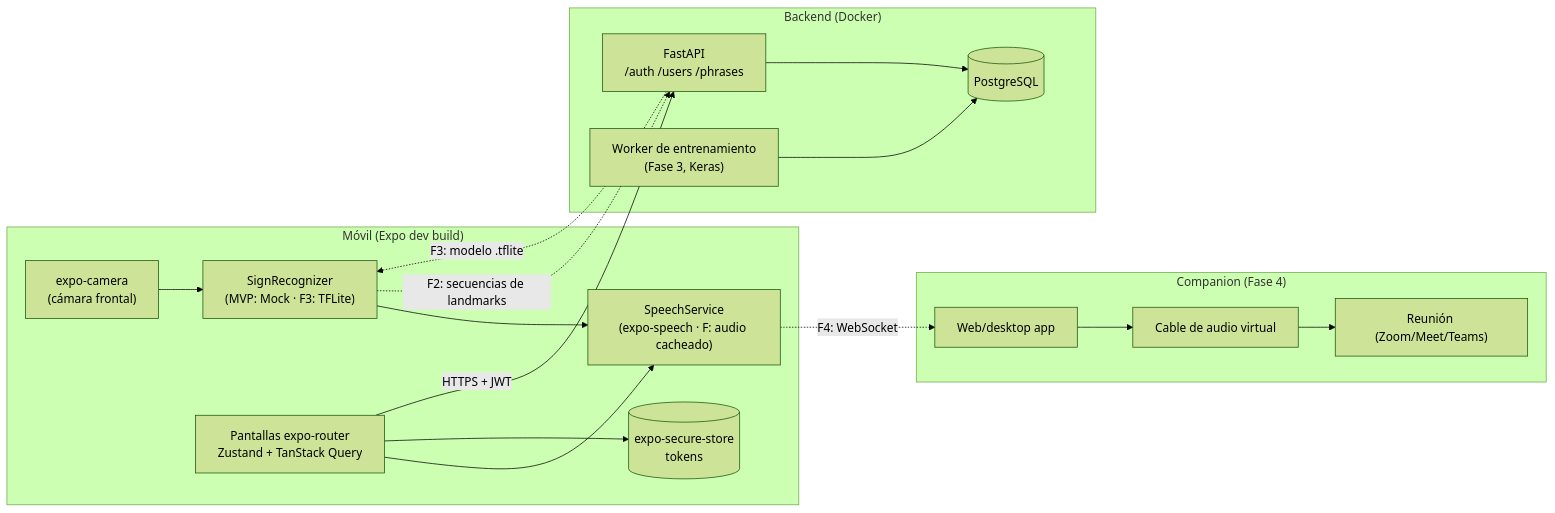
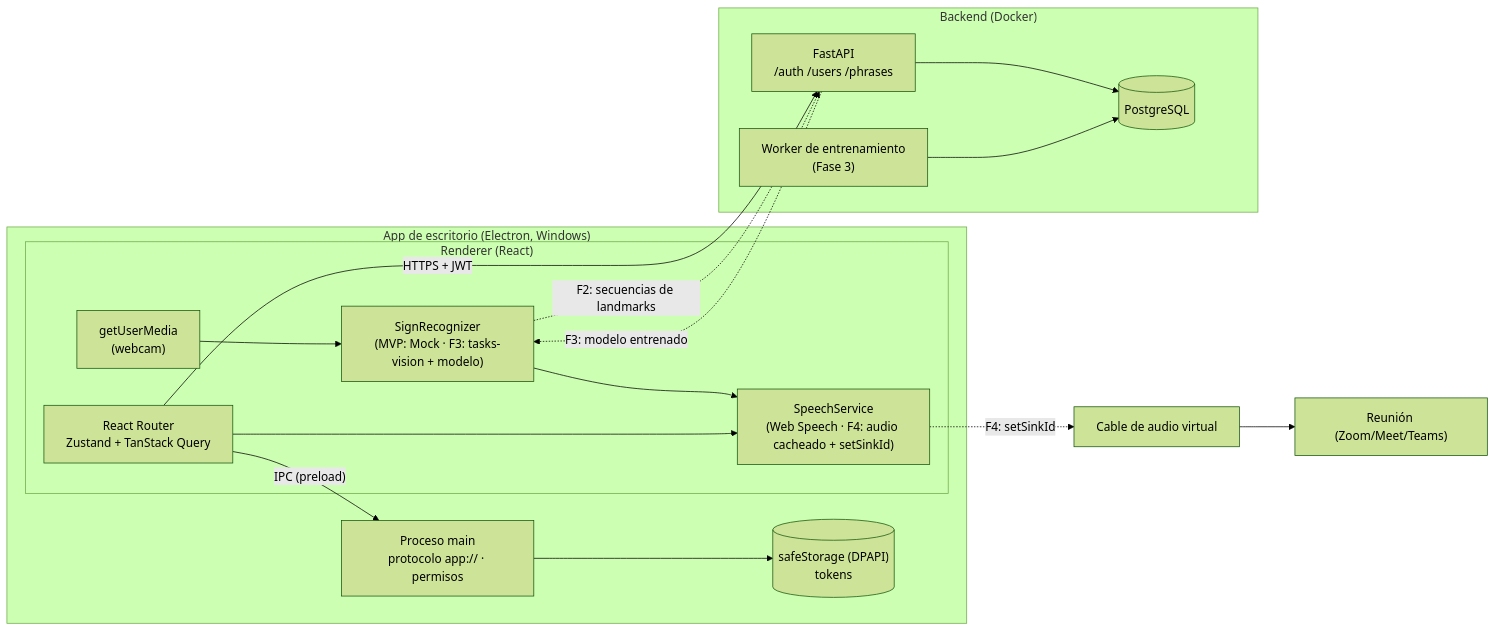
Before and after one commit to SantiagoTyrsArv/VISIONTS: the diagram in docs/ARCHITECTURE.md, drawn with Mermaid (forest theme). The commit also changed other lines of this file and 2 other files, not shown here.

Commit message:
docs: README y ARCHITECTURE para la app de escritorio

````diff
--- a/docs/ARCHITECTURE.md
+++ b/docs/ARCHITECTURE.md
@@ -5,33 +5,32 @@
 ```mermaid
 flowchart LR
-  subgraph Phone["Móvil (Expo dev build)"]
-    Cam["expo-camera\n(cámara frontal)"]
-    Rec["SignRecognizer\n(MVP: Mock · F3: TFLite)"]
-    Speech["SpeechService\n(expo-speech · F: audio cacheado)"]
-    UI["Pantallas expo-router\nZustand + TanStack Query"]
-    Store[("expo-secure-store\ntokens")]
-    Cam --> Rec --> Speech
-    UI --> Speech
-    UI --> Store
+  subgraph Desktop["App de escritorio (Electron, Windows)"]
+    subgraph Renderer["Renderer (React)"]
+      Cam["getUserMedia\n(webcam)"]
+      Rec["SignRecognizer\n(MVP: Mock · F3: tasks-vision + modelo)"]
+      Speech["SpeechService\n(Web Speech · F4: audio cacheado + setSinkId)"]
+      UI["React Router\nZustand + TanStack Query"]
+      Cam --> Rec --> Speech
+      UI --> Speech
+    end
+    Main["Proceso main\nprotocolo app:// · permisos"]
+    Store[("safeStorage (DPAPI)\ntokens")]
+    UI -- "IPC (preload)" --> Main --> Store
   end
 
   subgraph Server["Backend (Docker)"]
     API["FastAPI\n/auth /users /phrases"]
     DB[("PostgreSQL")]
-    Worker["Worker de entrenamiento\n(Fase 3, Keras)"]
+    Worker["Worker de entrenamiento\n(Fase 3)"]
     API --> DB
     Worker --> DB
   end
 
-  subgraph Desktop["Companion (Fase 4)"]
-    WS["Web/desktop app"]
-    VCable["Cable de audio virtual"]
-    Meet["Reunión (Zoom/Meet/Teams)"]
-    WS --> VCable --> Meet
-  end
+  VCable["Cable de audio virtual"]
+  Meet["Reunión (Zoom/Meet/Teams)"]
 
   UI -- "HTTPS + JWT" --> API
   Rec -. "F2: secuencias de landmarks" .-> API
-  API -. "F3: modelo .tflite" .-> Rec
-  Speech -. "F4: WebSocket" .-> WS
+  API -. "F3: modelo entrenado" .-> Rec
+  Speech -. "F4: setSinkId" .-> VCable --> Meet
 ```
````
